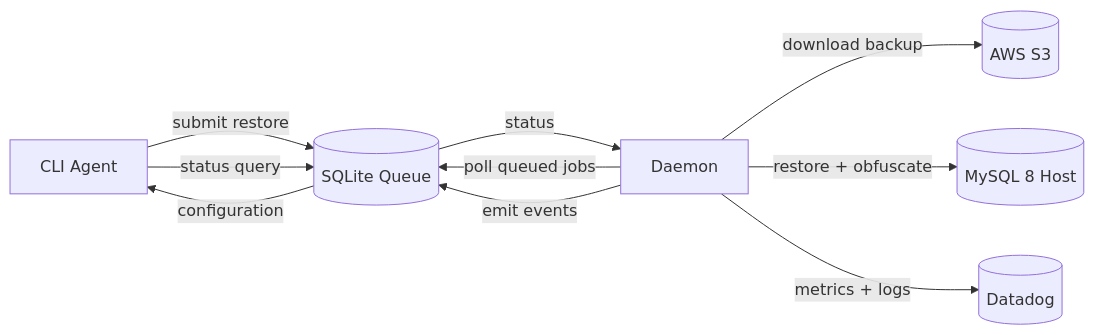
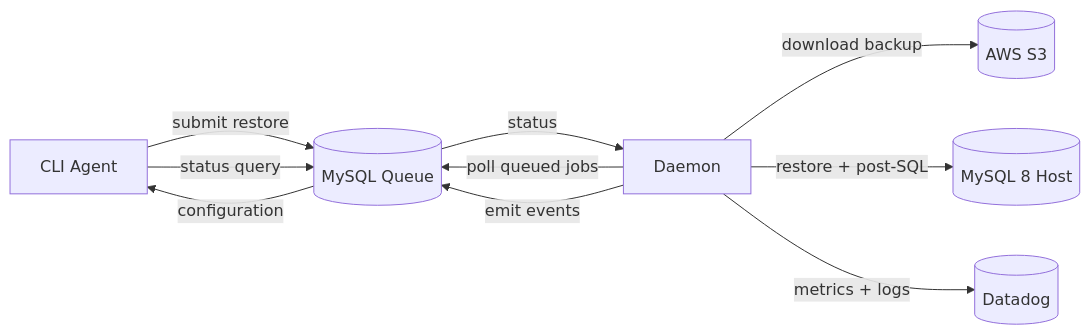
Before and after one commit to CharlesHandshy/pullDB: the diagram in design/diagrams/system-overview.mmd, drawn with Mermaid. The commit also changed 8 other files, not shown here.

First line of the commit message:
Complete SQLite to MySQL migration across all documentation and diagrams

```diff
--- a/design/diagrams/system-overview.mmd
+++ b/design/diagrams/system-overview.mmd
@@ -1,11 +1,11 @@
 %% Mermaid flowchart describing the prototype topology
 flowchart LR
-  CLI["CLI Agent"] -->|submit restore| SQLite[(SQLite Queue)]
-  CLI -->|status query| SQLite
-  Daemon["Daemon"] -->|poll queued jobs| SQLite
+  CLI["CLI Agent"] -->|submit restore| MySQLQueue[(MySQL Queue)]
+  CLI -->|status query| MySQLQueue
+  Daemon["Daemon"] -->|poll queued jobs| MySQLQueue
   Daemon -->|download backup| S3[(AWS S3)]
-  Daemon -->|restore + obfuscate| MySQL[(MySQL 8 Host)]
-  Daemon -->|emit events| SQLite
+  Daemon -->|restore + post-SQL| MySQLTarget[(MySQL 8 Host)]
+  Daemon -->|emit events| MySQLQueue
   Daemon -->|metrics + logs| Observability[(Datadog)]
-  SQLite -->|configuration| CLI
-  SQLite -->|status| Daemon
+  MySQLQueue -->|configuration| CLI
+  MySQLQueue -->|status| Daemon
```
